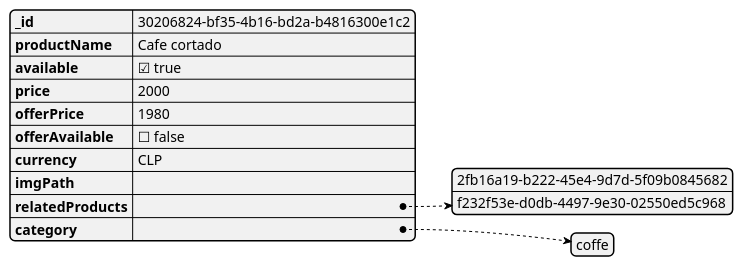
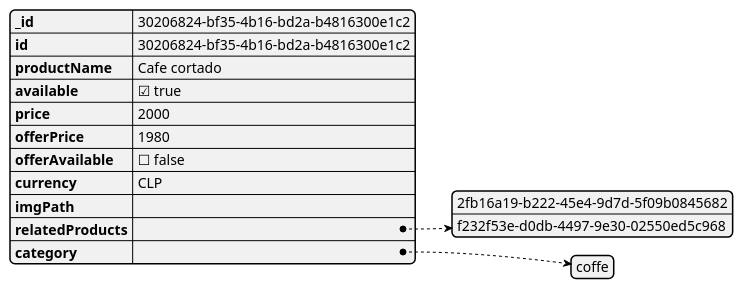
One commit to icc-dev/vc-project-architecture changed the diagram in plantuml/jsons/product.puml. Above: the diagram before and after it, drawn with PlantUML.

```diff
--- a/plantuml/jsons/product.puml
+++ b/plantuml/jsons/product.puml
@@ -1,14 +1,15 @@
 @startjson
 {
 "_id": "30206824-bf35-4b16-bd2a-b4816300e1c2",
+"id": "30206824-bf35-4b16-bd2a-b4816300e1c2",
 "productName": "Cafe cortado",
 "available": true,
 "price": 2000,
 "offerPrice": 1980,
 "offerAvailable": false,
 "currency": "CLP",
 "imgPath": "",
 "relatedProducts": ["2fb16a19-b222-45e4-9d7d-5f09b0845682", "f232f53e-d0db-4497-9e30-02550ed5c968"],
 "category": ["coffe"]
 }
 @endjson
```
